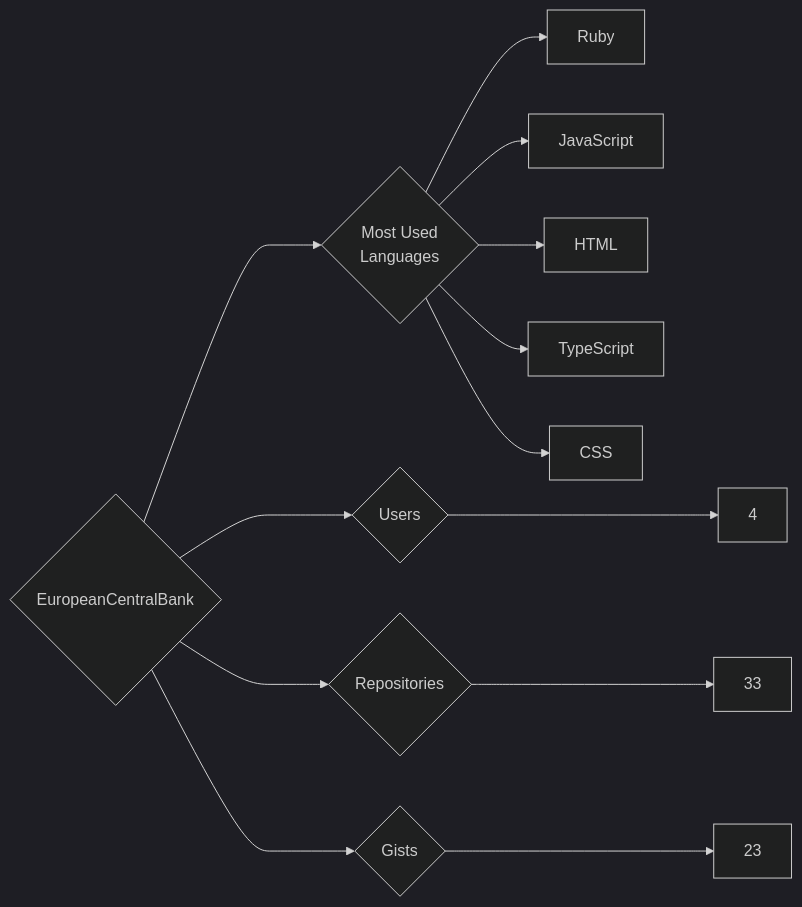
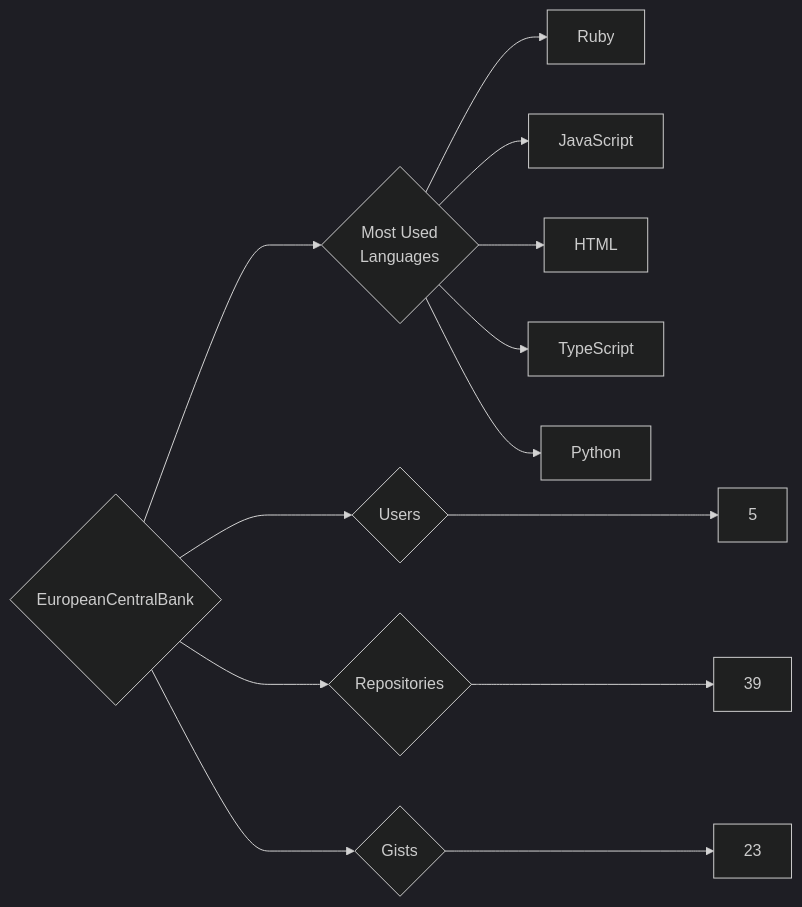
Before and after one commit to trickest/insiders: the diagram in targets/EuropeanCentralBank/README.md, drawn with Mermaid (dark theme). The commit also changed 1084 other files, not shown here.

````diff
--- a/targets/EuropeanCentralBank/README.md
+++ b/targets/EuropeanCentralBank/README.md
@@ -3,13 +3,13 @@
 ```mermaid
 graph LR
 COMPANY_NAME{EuropeanCentralBank}
-COMPANY_NAME ---> U{Users} ---> UN[4]
-COMPANY_NAME ---> R{Repositories} ---> RN[33]
+COMPANY_NAME ---> U{Users} ---> UN[5]
+COMPANY_NAME ---> R{Repositories} ---> RN[39]
 COMPANY_NAME ---> G{Gists} ---> GN[23]
 COMPANY_NAME ---> ML{Most Used<br>Languages}
 ML --> Ruby[Ruby]
 ML --> JavaScript[JavaScript]
 ML --> HTML[HTML]
 ML --> TypeScript[TypeScript]
-ML --> CSS[CSS]
+ML --> Python[Python]
 ```
````
